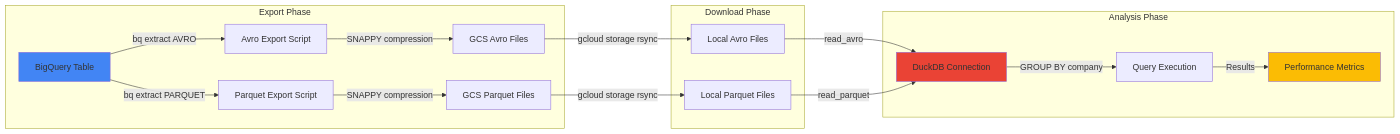
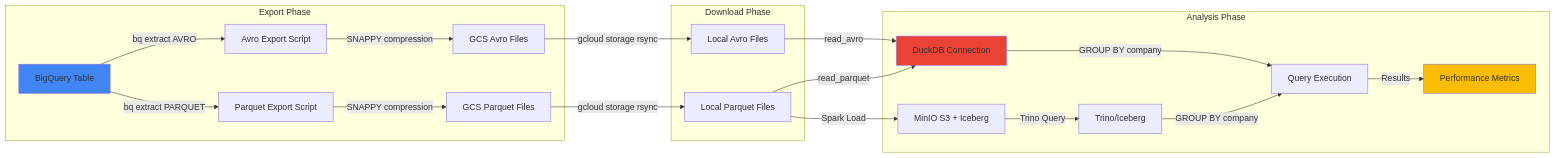
Before and after one commit to vb140772/aistor_and_lakehouse: the second of 5 diagrams in TECHNICAL_OVERVIEW.md, drawn with Mermaid. The commit also changed other lines of this file and 3 other files, not shown here.

Commit message:
Update requirements and enhance technical overview with new dependencies and performance comparisons. Added Trino, Boto3, and PyArrow to requirements. Updated data volume and accuracy metrics, included query engine comparisons between DuckDB and Trino/Iceberg, and refined architecture details.

````diff
--- a/TECHNICAL_OVERVIEW.md
+++ b/TECHNICAL_OVERVIEW.md
@@ -58,25 +67,29 @@
 ```mermaid
 graph LR
     subgraph Export["Export Phase"]
         E1[BigQuery Table] -->|bq extract AVRO| E2[Avro Export Script]
         E1 -->|bq extract PARQUET| E3[Parquet Export Script]
         E2 -->|SNAPPY compression| E4[GCS Avro Files]
         E3 -->|SNAPPY compression| E5[GCS Parquet Files]
     end
     
     subgraph Download["Download Phase"]
         E4 -->|gcloud storage rsync| D1[Local Avro Files]
         E5 -->|gcloud storage rsync| D2[Local Parquet Files]
     end
     
     subgraph Analysis["Analysis Phase"]
         D1 -->|read_avro| A1[DuckDB Connection]
         D2 -->|read_parquet| A1
         A1 -->|GROUP BY company| A2[Query Execution]
         A2 -->|Results| A3[Performance Metrics]
+        
+        D2 -->|Spark Load| A4[MinIO S3 + Iceberg]
+        A4 -->|Trino Query| A5[Trino/Iceberg]
+        A5 -->|GROUP BY company| A2
     end
     
     style E1 fill:#4285f4
     style A1 fill:#ea4335
     style A3 fill:#fbbc04
 ```
````
